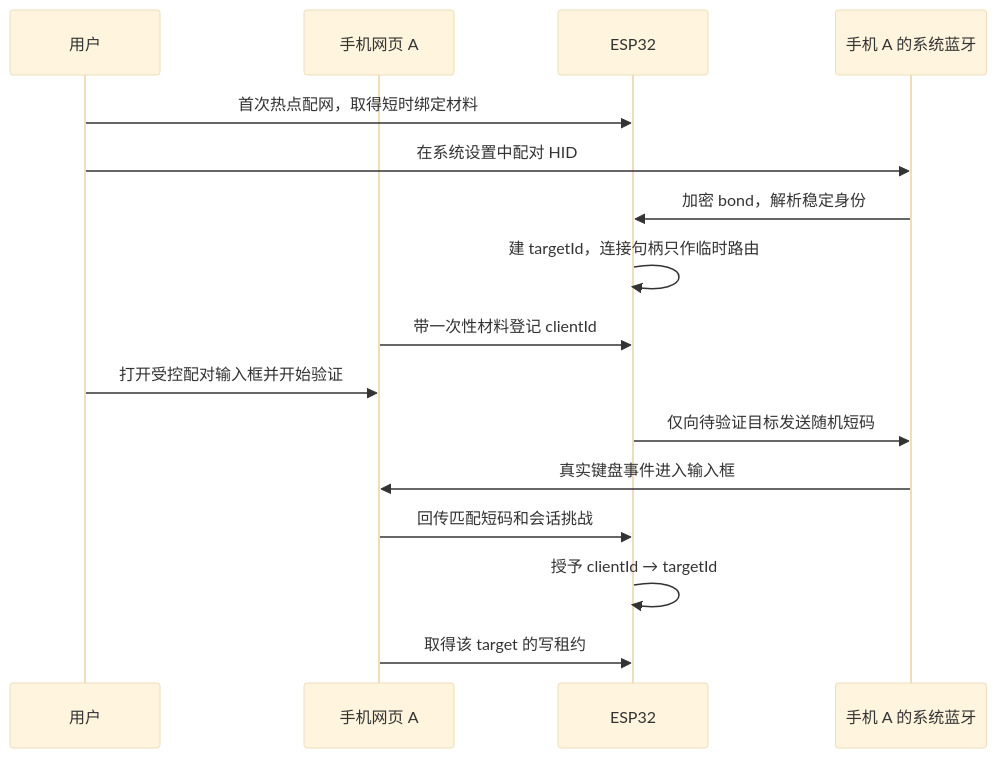
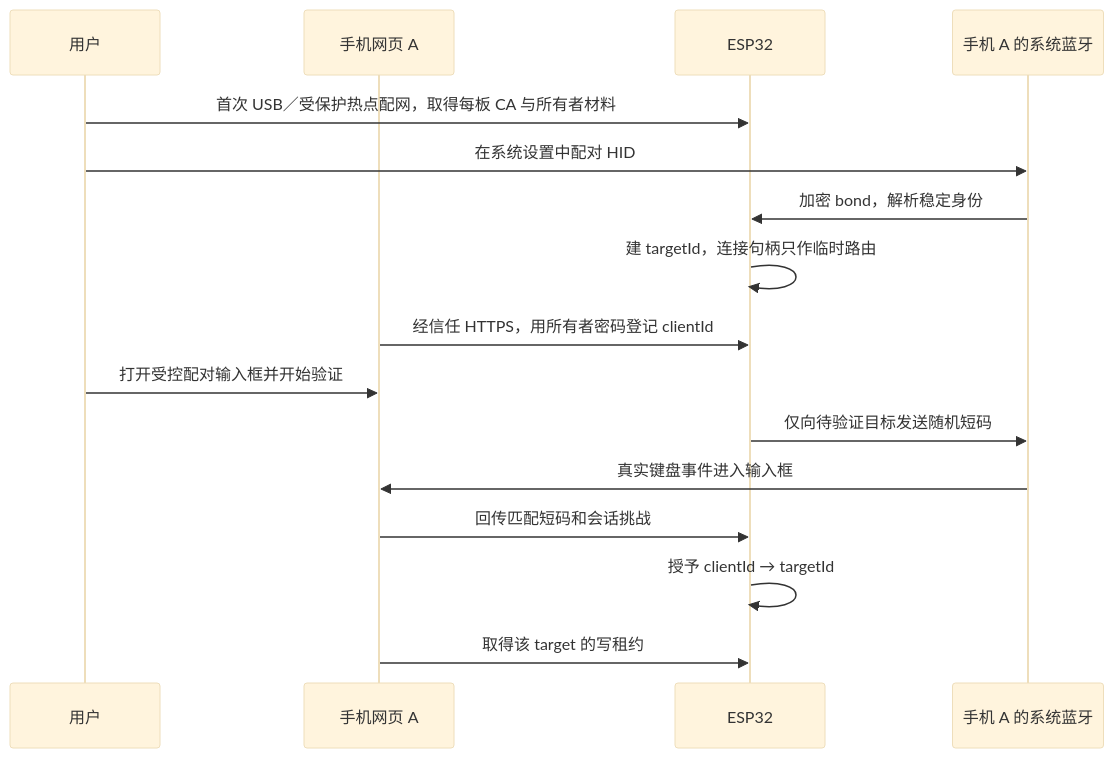
Before and after one commit to cccat6/iphone-agent-harness: the second of 4 diagrams in docs/architecture/system-blueprint.md, drawn with Mermaid (base theme). The commit also changed other lines of this file and 263 other files, not shown here.

````diff
--- a/docs/architecture/system-blueprint.md
+++ b/docs/architecture/system-blueprint.md
@@ -63,18 +63,18 @@
 ```mermaid
 sequenceDiagram
   participant U as 用户
   participant W as 手机网页 A
   participant E as ESP32
   participant P as 手机 A 的系统蓝牙
-  U->>E: 首次热点配网，取得短时绑定材料
+  U->>E: 首次 USB／受保护热点配网，取得每板 CA 与所有者材料
   U->>P: 在系统设置中配对 HID
   P->>E: 加密 bond，解析稳定身份
   E->>E: 建 targetId，连接句柄只作临时路由
-  W->>E: 带一次性材料登记 clientId
+  W->>E: 经信任 HTTPS，用所有者密码登记 clientId
   U->>W: 打开受控配对输入框并开始验证
   E->>P: 仅向待验证目标发送随机短码
   P->>W: 真实键盘事件进入输入框
   W->>E: 回传匹配短码和会话挑战
   E->>E: 授予 clientId → targetId
   W->>E: 取得该 target 的写租约
 ```
````
